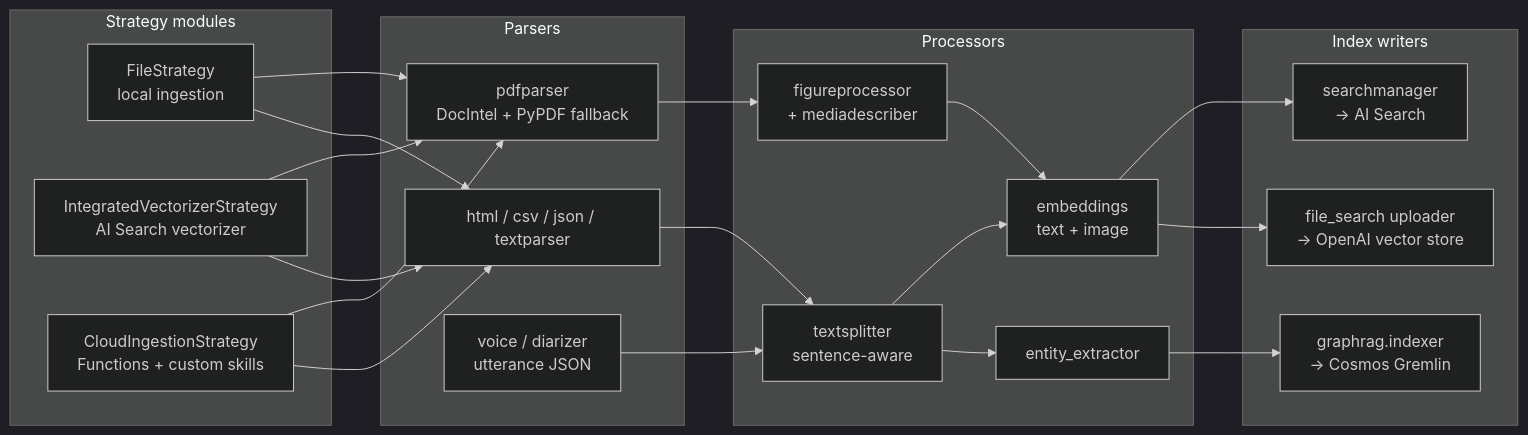
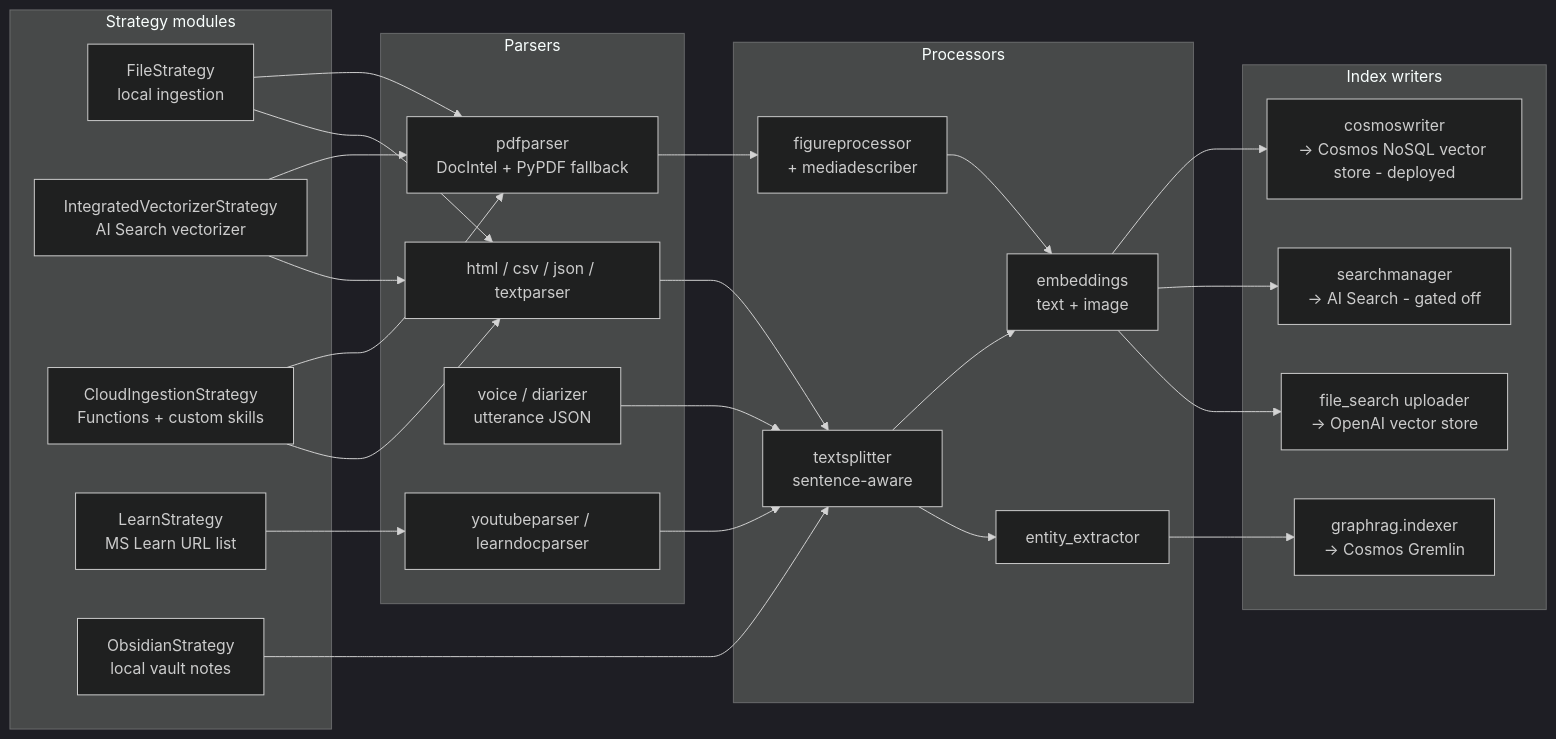
Before and after one commit to Robertjam954/multimodal_rag_application: the second of 3 diagrams in README.md, drawn with Mermaid (dark theme). The commit also changed other lines of this file and 5 other files, not shown here.

````diff
--- a/README.md
+++ b/README.md
@@ -103,37 +103,44 @@
 ```mermaid
 flowchart LR
     subgraph Strategy["Strategy modules"]
         S1[FileStrategy<br/>local ingestion]
         S2[IntegratedVectorizerStrategy<br/>AI Search vectorizer]
         S3[CloudIngestionStrategy<br/>Functions + custom skills]
+        S4[LearnStrategy<br/>MS Learn URL list]
+        S5[ObsidianStrategy<br/>local vault notes]
     end
 
     subgraph Parsers["Parsers"]
         P1[pdfparser<br/>DocIntel + PyPDF fallback]
         P2[html / csv / json / textparser]
         P3[voice / diarizer<br/>utterance JSON]
+        P4[youtubeparser / learndocparser]
     end
 
     subgraph Processors["Processors"]
         T1[textsplitter<br/>sentence-aware]
         T2[figureprocessor<br/>+ mediadescriber]
         T3[embeddings<br/>text + image]
         T4[entity_extractor]
     end
 
     subgraph Writers["Index writers"]
-        W1[searchmanager<br/>-> AI Search]
+        W0[cosmoswriter<br/>-> Cosmos NoSQL vector store - deployed]
+        W1[searchmanager<br/>-> AI Search - gated off]
         W2[graphrag.indexer<br/>-> Cosmos Gremlin]
         W3[file_search uploader<br/>-> OpenAI vector store]
     end
 
     S1 --> P1 & P2
     S2 --> P1 & P2
     S3 --> P1 & P2
+    S4 --> P4
+    S5 --> T1
     P3 --> T1
+    P4 --> T1
     P1 --> T2 --> T3
     P2 --> T1 --> T3
     T1 --> T4
-    T3 --> W1 & W3
+    T3 --> W0 & W1 & W3
     T4 --> W2
 ```
````
